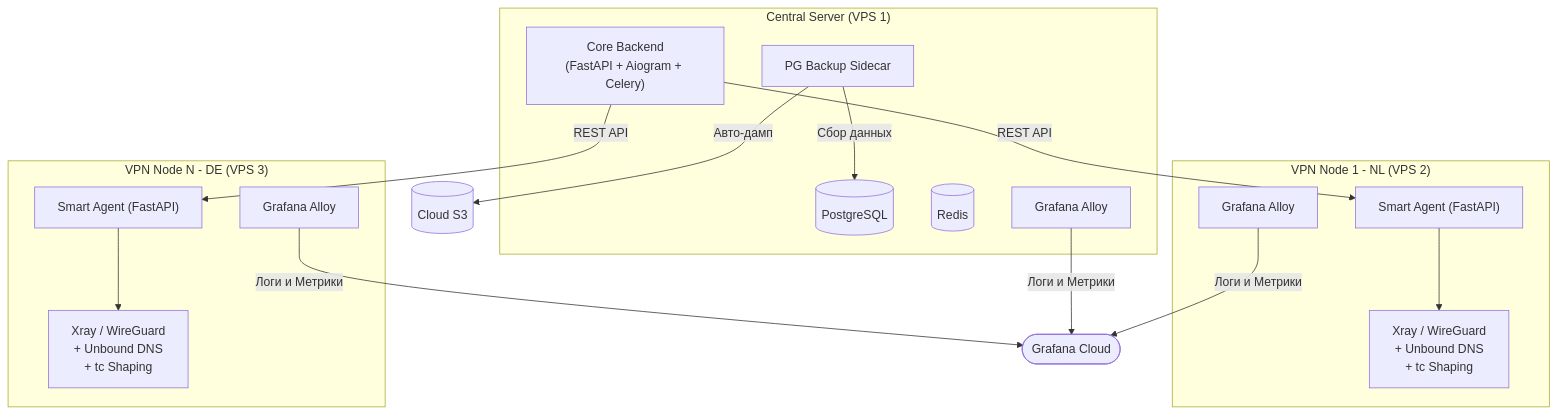
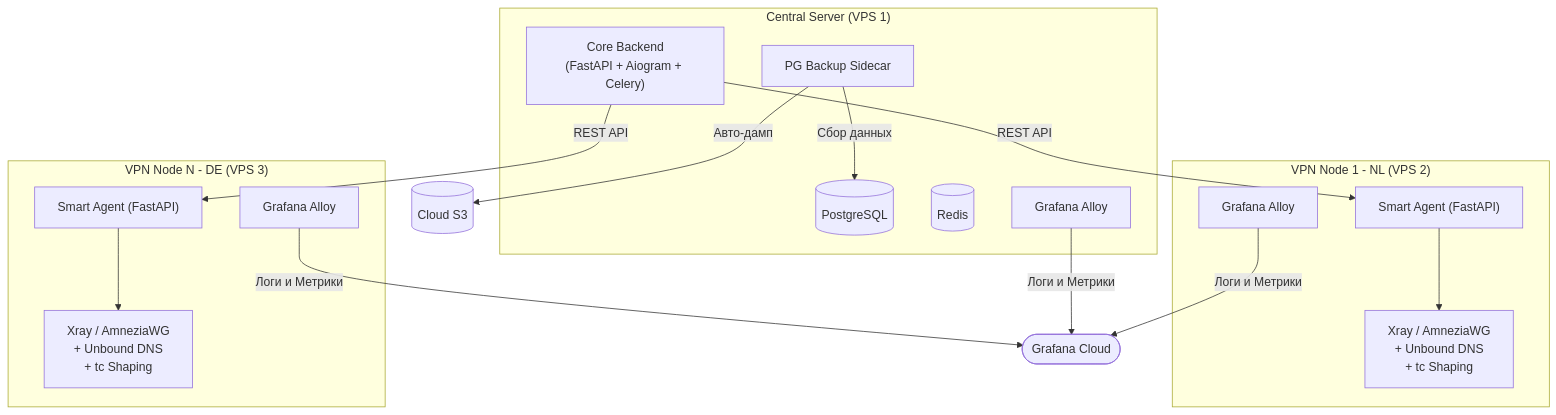
The third of 5 diagrams in docs/plan_refaktora.md (VoltusV5/SafeFlow), drawn with Mermaid before and after one commit. The commit also changed other lines of this file and 24 other files, not shown here.

````diff
--- a/docs/plan_refaktora.md
+++ b/docs/plan_refaktora.md
@@ -184,30 +184,30 @@
 ```mermaid
 flowchart TD
     subgraph "Central Server (VPS 1)"
         DB[(PostgreSQL)]
         Redis[(Redis)]
         Core["Core Backend\n(FastAPI + Aiogram + Celery)"]
         Alloy_C["Grafana Alloy"]
         Backup["PG Backup Sidecar"]
     end
     
     subgraph "VPN Node 1 - NL (VPS 2)"
         Agent1["Smart Agent (FastAPI)"]
-        VPN1["Xray / WireGuard\n+ Unbound DNS\n+ tc Shaping"]
+        VPN1["Xray / AmneziaWG\n+ Unbound DNS\n+ tc Shaping"]
         Alloy_1["Grafana Alloy"]
     end
     
     subgraph "VPN Node N - DE (VPS 3)"
         AgentN["Smart Agent (FastAPI)"]
-        VPNN["Xray / WireGuard\n+ Unbound DNS\n+ tc Shaping"]
+        VPNN["Xray / AmneziaWG\n+ Unbound DNS\n+ tc Shaping"]
         Alloy_N["Grafana Alloy"]
     end
 
     Core -- "REST API" --> Agent1 & AgentN
     Agent1 --> VPN1
     AgentN --> VPNN
     Backup -- "Авто-дамп" --> S3[(Cloud S3)]
     Backup -- "Сбор данных" --> DB
     
     Alloy_C & Alloy_1 & Alloy_N -- "Логи и Метрики" --> GrafanaCloud([Grafana Cloud])
 ```
````
